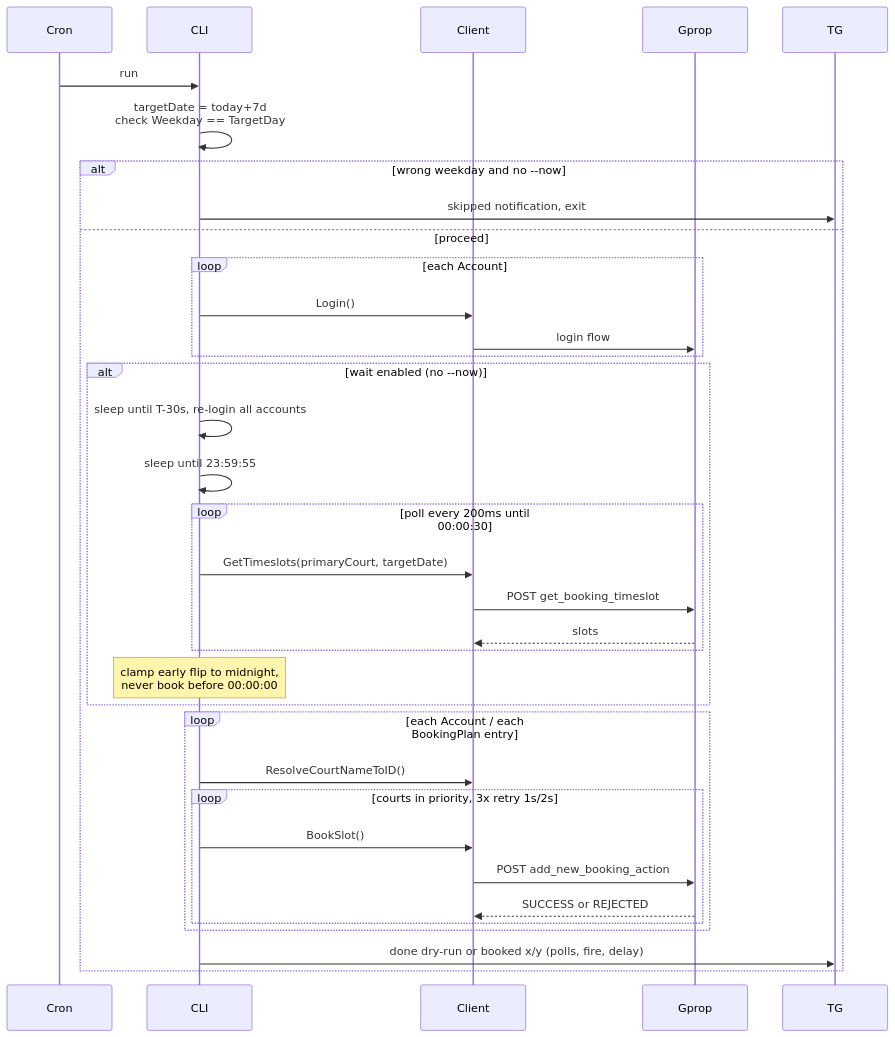
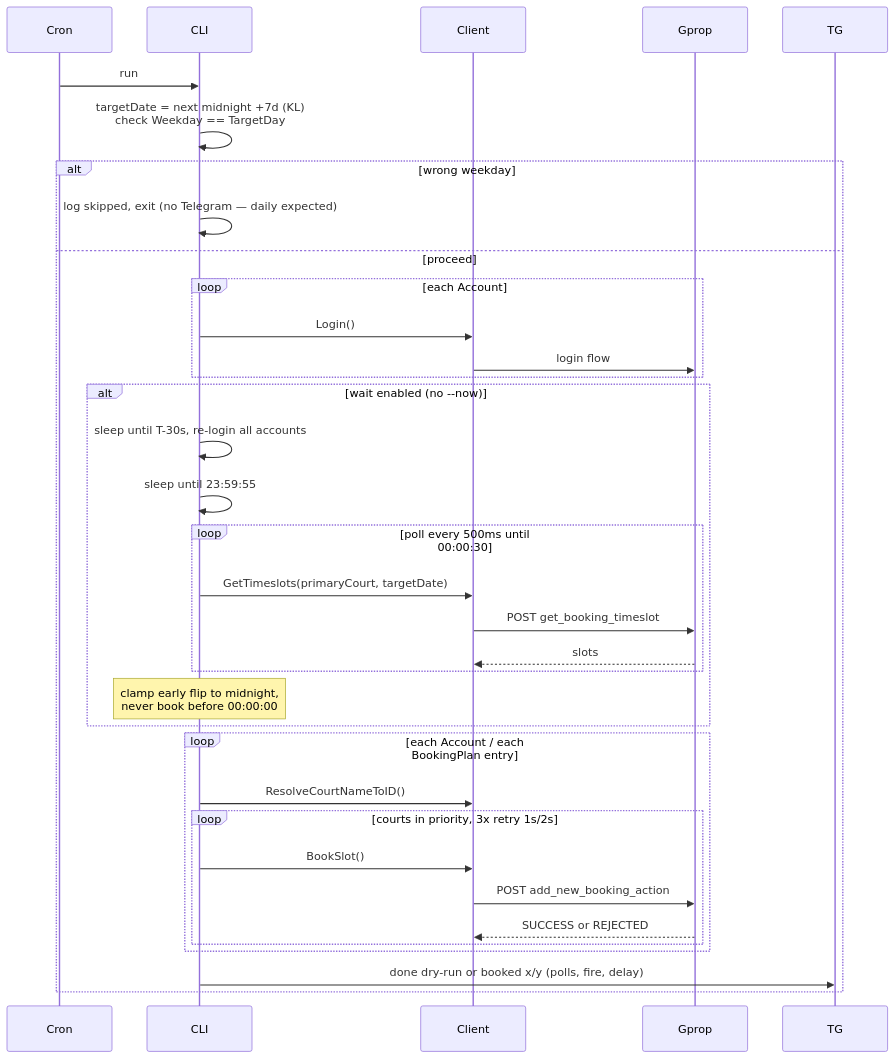
One commit to zhenghung/court-booking-bot changed the sixth of 9 diagrams in docs/architecture.md. Above: the diagram before and after it, drawn with Mermaid. The commit also changed other lines of this file and 3 other files, not shown here.

Commit message:
docs: unify target to next midnight+7 KL, 59 23 poll 500ms

````diff
--- a/docs/architecture.md
+++ b/docs/architecture.md
@@ -93,37 +93,37 @@
 ```mermaid
 sequenceDiagram
     participant Cron
     participant CLI
     participant Client
     participant Gprop
     participant TG
     Cron->>CLI: run
-    CLI->>CLI: targetDate = today+7d<br/>check Weekday == TargetDay
-    alt wrong weekday and no --now
-        CLI->>TG: skipped notification, exit
+    CLI->>CLI: targetDate = next midnight +7d (KL)<br/>check Weekday == TargetDay
+    alt wrong weekday
+        CLI->>CLI: log skipped, exit (no Telegram — daily expected)
     else proceed
         loop each Account
             CLI->>Client: Login()
             Client->>Gprop: login flow
         end
         alt wait enabled (no --now)
             CLI->>CLI: sleep until T-30s, re-login all accounts
             CLI->>CLI: sleep until 23:59:55
-            loop poll every 200ms until 00:00:30
+            loop poll every 500ms until 00:00:30
                 CLI->>Client: GetTimeslots(primaryCourt, targetDate)
                 Client->>Gprop: POST get_booking_timeslot
                 Gprop-->>Client: slots
             end
             Note over CLI: clamp early flip to midnight,<br/>never book before 00:00:00
         end
         loop each Account / each BookingPlan entry
             CLI->>Client: ResolveCourtNameToID()
             loop courts in priority, 3x retry 1s/2s
                 CLI->>Client: BookSlot()
                 Client->>Gprop: POST add_new_booking_action
                 Gprop-->>Client: SUCCESS or REJECTED
             end
         end
         CLI->>TG: done dry-run or booked x/y (polls, fire, delay)
     end
 ```
````
